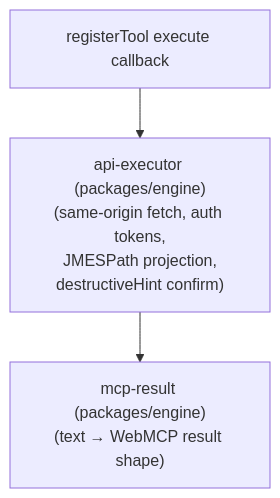
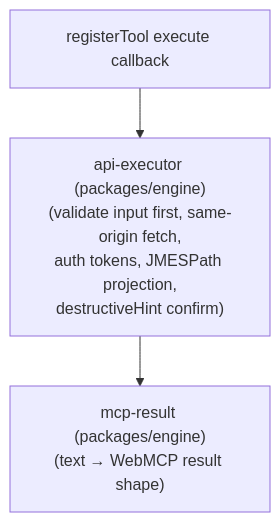
One commit to robertn702/webmcp-today changed the fourth of 6 diagrams in apps/extension/ARCHITECTURE.md. Above: the diagram before and after it, drawn with Mermaid. The commit also changed other lines of this file and 27 other files, not shown here.

````diff
--- a/apps/extension/ARCHITECTURE.md
+++ b/apps/extension/ARCHITECTURE.md
@@ -147,5 +147,5 @@
 ```mermaid
 flowchart TB
-    CB["registerTool execute callback"] --> API["api-executor (packages/engine)<br/>(same-origin fetch, auth tokens,<br/>JMESPath projection,<br/>destructiveHint confirm)"]
+    CB["registerTool execute callback"] --> API["api-executor (packages/engine)<br/>(validate input first, same-origin fetch,<br/>auth tokens, JMESPath projection,<br/>destructiveHint confirm)"]
     API --> RESULT["mcp-result (packages/engine)<br/>(text → WebMCP result shape)"]
 ```
````
